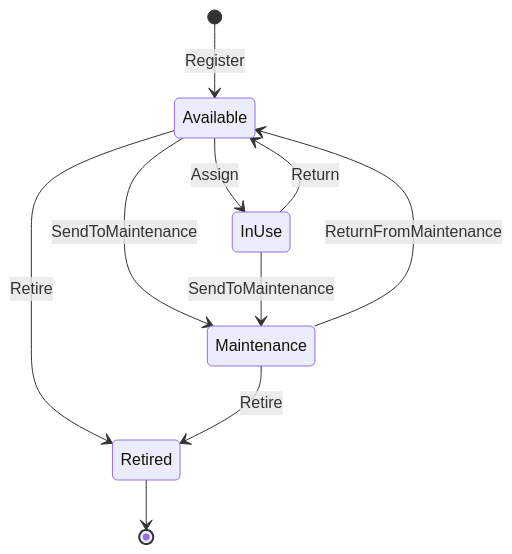
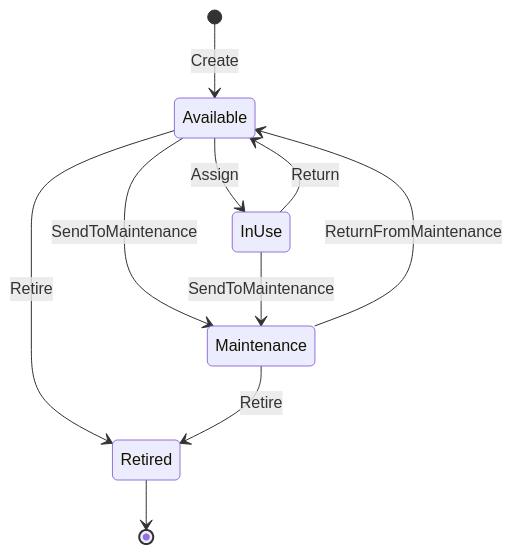
The second of 2 diagrams in apps/api/README.md (grabreu/asset-ops), drawn with Mermaid before and after one commit. The commit also changed other lines of this file and 20 other files, not shown here.

````diff
--- a/apps/api/README.md
+++ b/apps/api/README.md
@@ -56,12 +55,12 @@
 ```mermaid
 stateDiagram-v2
-    [*] --> Available: Register
+    [*] --> Available: Create
     Available --> InUse: Assign
     InUse --> Available: Return
     Available --> Maintenance: SendToMaintenance
     InUse --> Maintenance: SendToMaintenance
     Maintenance --> Available: ReturnFromMaintenance
     Available --> Retired: Retire
     Maintenance --> Retired: Retire
     Retired --> [*]
 ```
````
